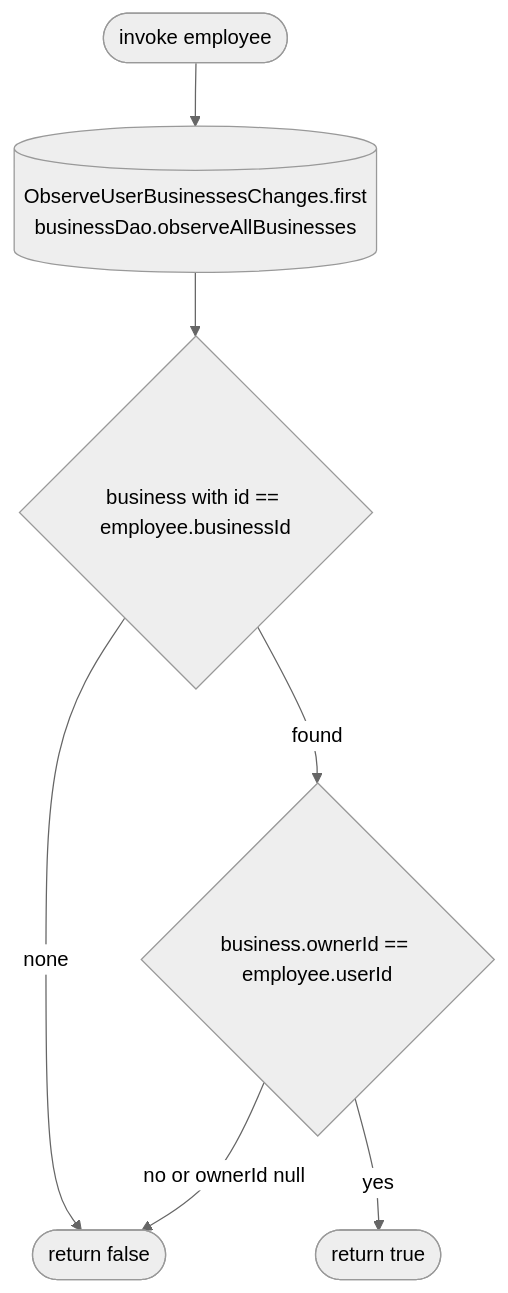
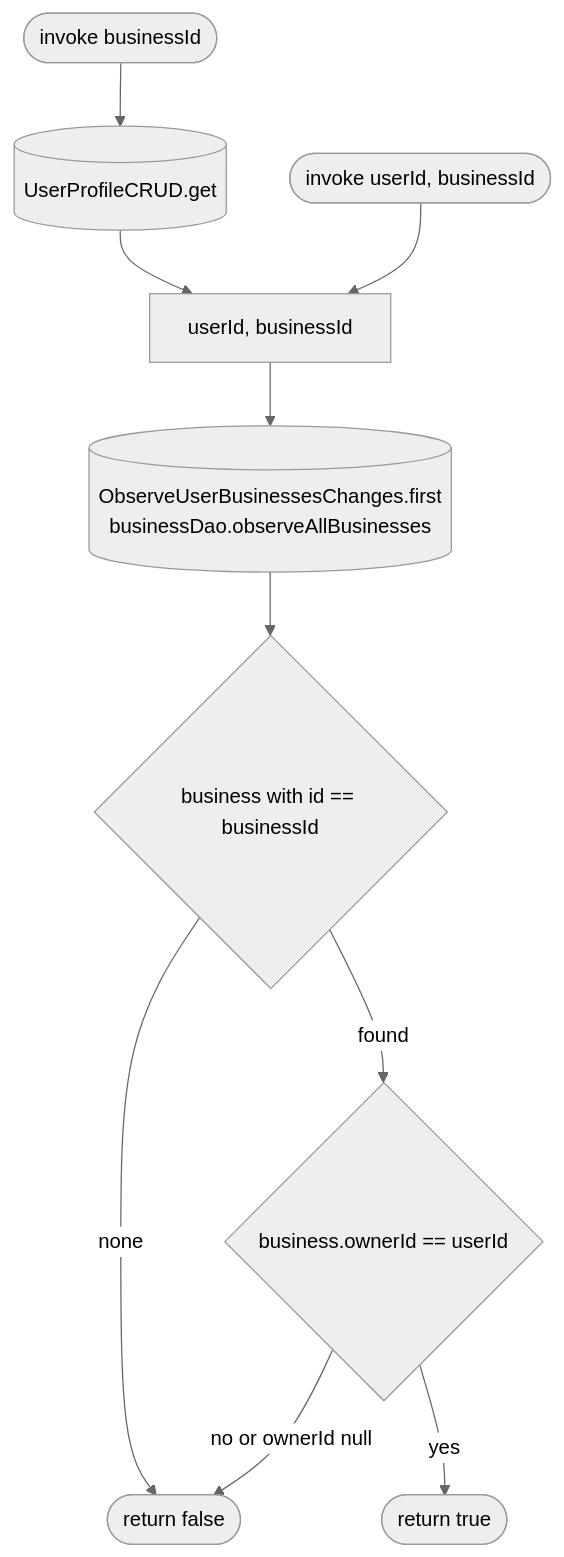
One commit to nocturneproperties/bookkme-client changed the diagram in docs/operations/employees/is-business-owner.md. Above: the diagram before and after it, drawn with Mermaid (neutral theme). The commit also changed other lines of this file and 38 other files, not shown here.

````diff
--- a/docs/operations/employees/is-business-owner.md
+++ b/docs/operations/employees/is-business-owner.md
@@ -12,9 +23,12 @@
 ```mermaid
 flowchart TD
-    Start([invoke employee]) --> Db[(ObserveUserBusinessesChanges.first<br/>businessDao.observeAllBusinesses)]
-    Db --> Find{business with id == employee.businessId}
+    Cur([invoke businessId]) --> Profile[(UserProfileCRUD.get)]
+    Profile --> Start
+    Usr([invoke userId, businessId]) --> Start
+    Start[userId, businessId] --> Db[(ObserveUserBusinessesChanges.first<br/>businessDao.observeAllBusinesses)]
+    Db --> Find{business with id == businessId}
     Find -- none --> F([return false])
-    Find -- found --> Cmp{business.ownerId == employee.userId}
+    Find -- found --> Cmp{business.ownerId == userId}
     Cmp -- yes --> T([return true])
     Cmp -- no or ownerId null --> F
 ```
````
